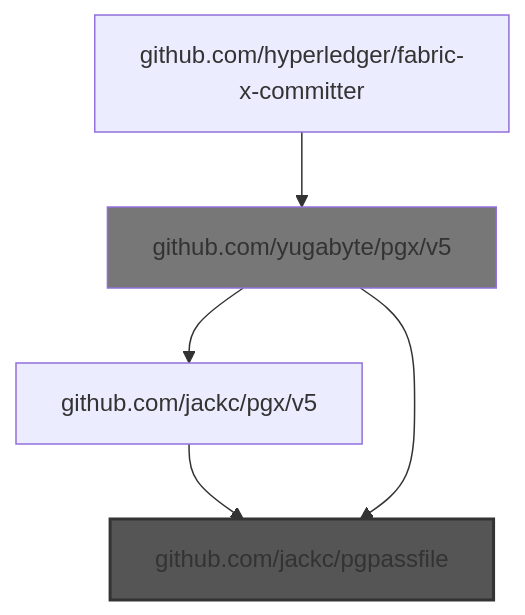
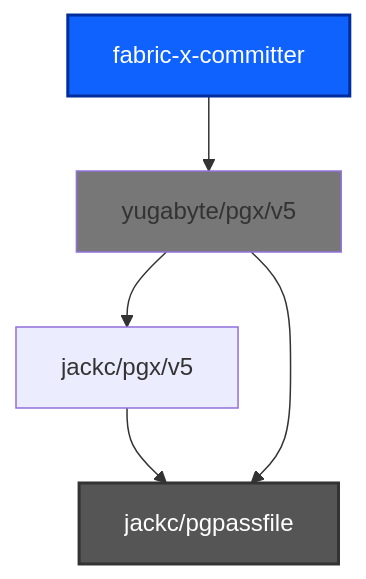
One commit to liran-funaro/fabric-x-committer changed the sixth of 9 diagrams in bad-imports-analysis.md. Above: the diagram before and after it, drawn with Mermaid. The commit also changed other lines of this file and 2 other files, not shown here.

````diff
--- a/bad-imports-analysis.md
+++ b/bad-imports-analysis.md
@@ -692,9 +306,10 @@
 ```mermaid
 graph TD
-    github.com/hyperledger/fabric-x-committer --> github.com/yugabyte/pgx/v5
-    github.com/jackc/pgx/v5 --> github.com/jackc/pgpassfile
-    github.com/yugabyte/pgx/v5 --> github.com/jackc/pgpassfile
-    github.com/yugabyte/pgx/v5 --> github.com/jackc/pgx/v5
-    style github.com/jackc/pgpassfile fill:#555,stroke:#333,stroke-width:2px
-    style github.com/yugabyte/pgx/v5 fill:#777
+    fabric-x-committer --> yugabyte/pgx/v5
+    jackc/pgx/v5 --> jackc/pgpassfile
+    yugabyte/pgx/v5 --> jackc/pgpassfile
+    yugabyte/pgx/v5 --> jackc/pgx/v5
+    style fabric-x-committer fill:#0f62fe,stroke:#002d9c,stroke-width:2px,color:#fff
+    style jackc/pgpassfile fill:#555,stroke:#333,stroke-width:2px,color:#fff
+    style yugabyte/pgx/v5 fill:#777
 ```
````
